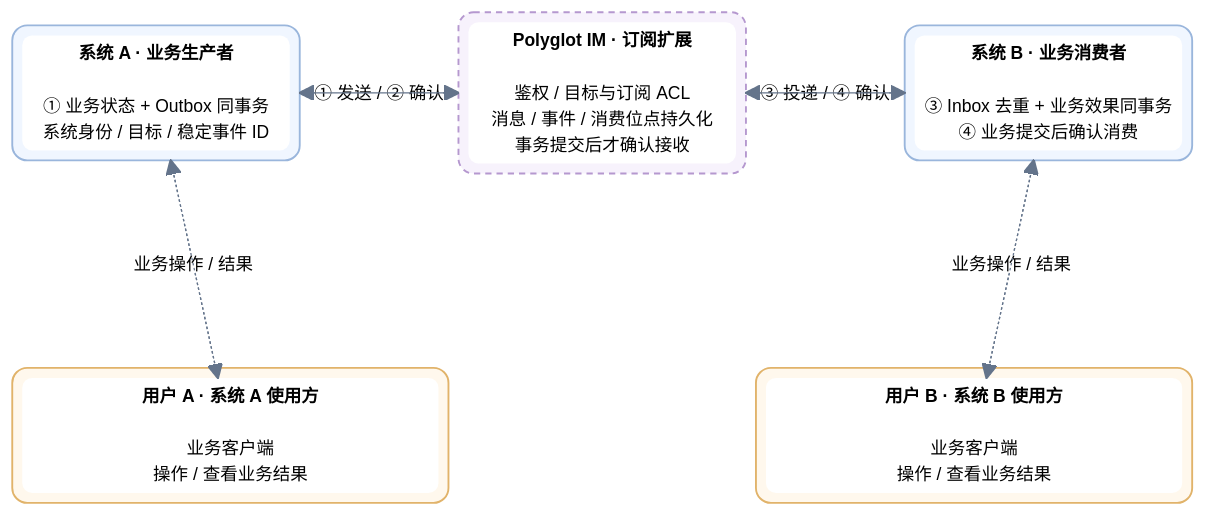
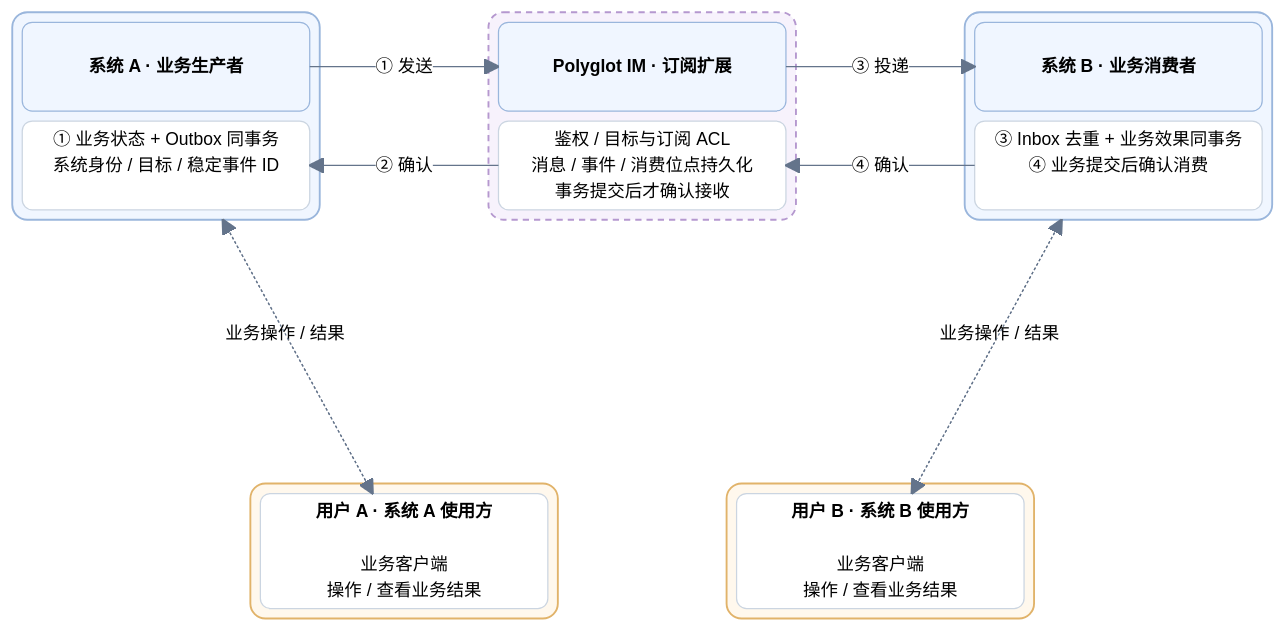
One commit to bitlap/polyglot-im changed the third of 3 diagrams in docs/architecture.md. Above: the diagram before and after it, drawn with Mermaid. The commit also changed other lines of this file and 8 other files, not shown here.

````diff
--- a/docs/architecture.md
+++ b/docs/architecture.md
@@ -109,44 +116,51 @@
 ```mermaid
-%%{init: {"theme":"base","flowchart":{"curve":"stepBefore"},"themeVariables":{"fontSize":"14px","primaryColor":"#ffffff","primaryBorderColor":"#cbd5e1","primaryTextColor":"#1e293b","lineColor":"#64748b","edgeLabelBackground":"#ffffff"},"themeCSS":".edge-pattern-dotted { stroke: #d68a26 !important; stroke-width: 1.6px !important; stroke-dasharray: 5 7 !important; } .edge-pattern-solid { stroke: #64748b !important; stroke-width: 1.6px !important; } .edgeLabel rect { fill: #ffffff !important; opacity: 1 !important; rx: 5; ry: 5; } .block rect { rx: 10; ry: 10; }"}}%%
+%%{init: {"theme":"base","flowchart":{"curve":"stepAfter"},"themeVariables":{"fontSize":"14px","primaryColor":"#ffffff","primaryBorderColor":"#cbd5e1","primaryTextColor":"#1e293b","lineColor":"#64748b","edgeLabelBackground":"#ffffff"},"themeCSS":".edge-pattern-dotted { stroke: #d68a26 !important; stroke-width: 1.6px !important; stroke-dasharray: 5 7 !important; } .edge-pattern-solid { stroke: #64748b !important; stroke-width: 1.6px !important; } .edgeLabel rect { fill: #ffffff !important; opacity: 1 !important; rx: 5; ry: 5; } .block rect { rx: 10; ry: 10; } path[id$=\"-UA-SystemA\"] { transform: translateX(-32px); } path[id$=\"-UB-SystemB\"] { transform: translateX(32px); }","block":{"padding":8}}}%%
 block-beta
-  columns 8
-  block:SystemA:2
+  columns 16
+  block:SystemA:4
     columns 1
-    SA["<b>系统 A · 业务生产者</b><br/><br/>① 业务状态 + Outbox 同事务<br/>系统身份 / 目标 / 稳定事件 ID"]
+    SystemATitle["<b>系统 A · 业务生产者</b>"]
+    SA["① 业务状态 + Outbox 同事务<br/>系统身份 / 目标 / 稳定事件 ID<br/>　"]
   end
-  space
-  block:IM:2
+  space:2
+  block:IM:4
     columns 1
-    API["<b>Polyglot IM · 订阅扩展</b><br/><br/>鉴权 / 目标与订阅 ACL<br/>消息 / 事件 / 消费位点持久化<br/>事务提交后才确认接收"]
+    IMTitle["<b>Polyglot IM · 订阅扩展</b>"]
+    API["鉴权 / 目标与订阅 ACL<br/>消息 / 事件 / 消费位点持久化<br/>事务提交后才确认接收"]
   end
-  space
-  block:SystemB:2
+  space:2
+  block:SystemB:4
     columns 1
-    SB["<b>系统 B · 业务消费者</b><br/><br/>③ Inbox 去重 + 业务效果同事务<br/>④ 业务提交后确认消费"]
+    SystemBTitle["<b>系统 B · 业务消费者</b>"]
+    SB["③ Inbox 去重 + 业务效果同事务<br/>④ 业务提交后确认消费<br/>　"]
   end
-  space:8
-  block:Alice:3
+  space:16
+  space:3
+  block:Alice:4
     columns 1
     UA["<b>用户 A · 系统 A 使用方</b><br/><br/>业务客户端<br/>操作 / 查看业务结果"]
   end
   space:2
-  block:Bob:3
+  block:Bob:4
     columns 1
     UB["<b>用户 B · 系统 B 使用方</b><br/><br/>业务客户端<br/>操作 / 查看业务结果"]
   end
-  SystemA -- "① 发送 / ② 确认" --> IM
-  IM --> SystemA
-  IM -- "③ 投递 / ④ 确认" --> SystemB
-  SystemB --> IM
+  space:3
+  SystemATitle -- "① 发送" --> IMTitle
+  API -- "② 确认" --> SA
+  IMTitle -- "③ 投递" --> SystemBTitle
+  SB -- "④ 确认" --> API
   SystemA -. "业务操作 / 结果" .-> UA
   UA -.-> SystemA
   SystemB -. "业务操作 / 结果" .-> UB
   UB -.-> SystemB
   style SystemA fill:#f0f6ff,stroke:#9ab6dc,stroke-width:1.5px,rx:12,ry:12
   style IM fill:#f7f2fc,stroke:#b598cf,stroke-width:1.5px,stroke-dasharray:5 4,rx:12,ry:12
   style SystemB fill:#f0f6ff,stroke:#9ab6dc,stroke-width:1.5px,rx:12,ry:12
   style Alice fill:#fff8ed,stroke:#e1b36a,stroke-width:1.5px,rx:12,ry:12
   style Bob fill:#fff8ed,stroke:#e1b36a,stroke-width:1.5px,rx:12,ry:12
-  classDef component fill:#ffffff,stroke:none,color:#475569,rx:8,ry:8
+  classDef title fill:#f0f6ff,stroke:#9ab6dc,color:#1e3a5f,font-weight:bold,rx:8,ry:8
+  class SystemATitle,IMTitle,SystemBTitle title
+  classDef component fill:#ffffff,stroke:#cbd5e1,color:#475569,rx:8,ry:8
   class SA,API,SB,UA,UB component
 ```
````
